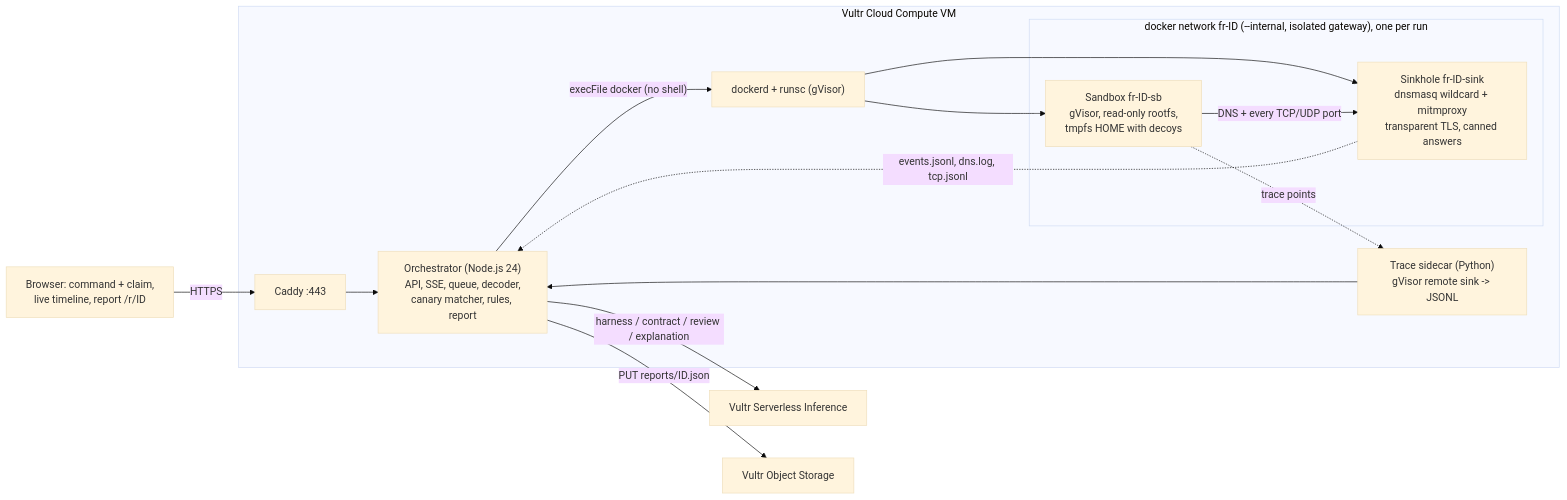
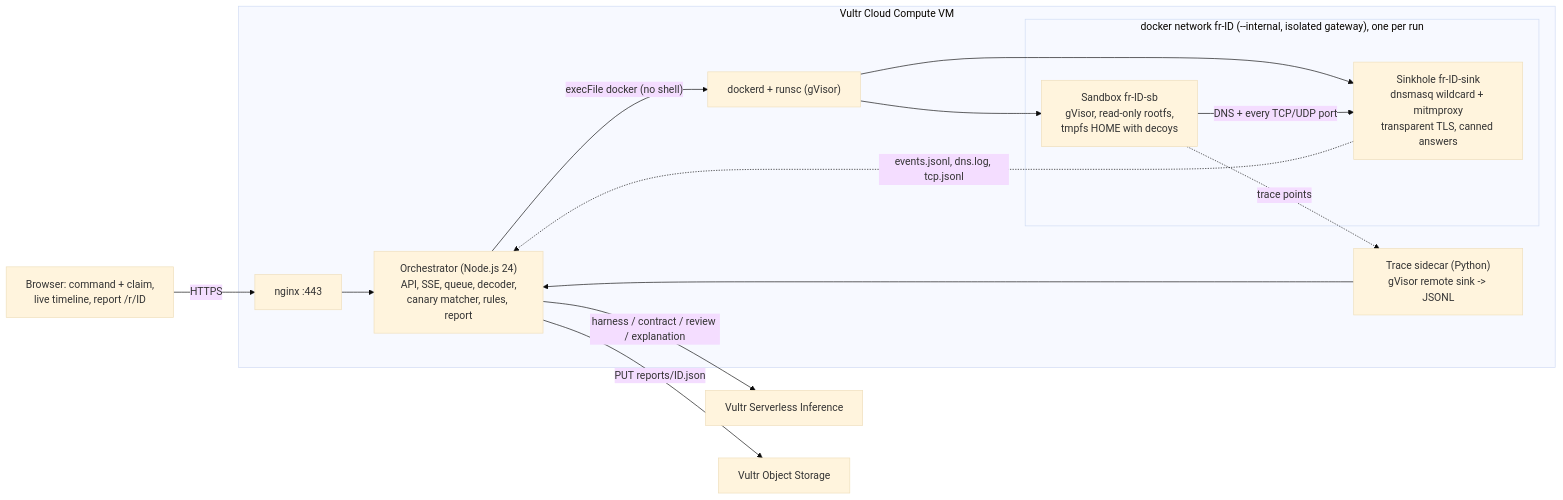
Before and after one commit to hamzahmisbach/firstrun: the diagram in README.md, drawn with Mermaid (base theme). The commit also changed other lines of this file and 14 other files, not shown here.

````diff
--- a/README.md
+++ b/README.md
@@ -26,25 +26,25 @@
 ```mermaid
 flowchart LR
   U["Browser: command + claim,<br/>live timeline, report /r/ID"]
   subgraph VM["Vultr Cloud Compute VM"]
-    C["Caddy :443"]
+    C["nginx :443"]
     O["Orchestrator (Node.js 24)<br/>API, SSE, queue, decoder,<br/>canary matcher, rules, report"]
     G["Trace sidecar (Python)<br/>gVisor remote sink -> JSONL"]
     D["dockerd + runsc (gVisor)"]
     subgraph NET["docker network fr-ID (--internal, isolated gateway), one per run"]
       SB["Sandbox fr-ID-sb<br/>gVisor, read-only rootfs,<br/>tmpfs HOME with decoys"]
       SK["Sinkhole fr-ID-sink<br/>dnsmasq wildcard + mitmproxy<br/>transparent TLS, canned answers"]
     end
   end
   VI["Vultr Serverless Inference"]
   OS["Vultr Object Storage"]
   U -->|HTTPS| C --> O
   O -->|"execFile docker (no shell)"| D
   D --> SB
   D --> SK
   SB -->|"DNS + every TCP/UDP port"| SK
   SK -.->|"events.jsonl, dns.log, tcp.jsonl"| O
   SB -.->|"trace points"| G --> O
   O -->|"harness / contract / review / explanation"| VI
   O -->|"PUT reports/ID.json"| OS
 ```
````
